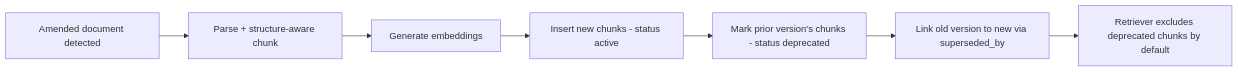
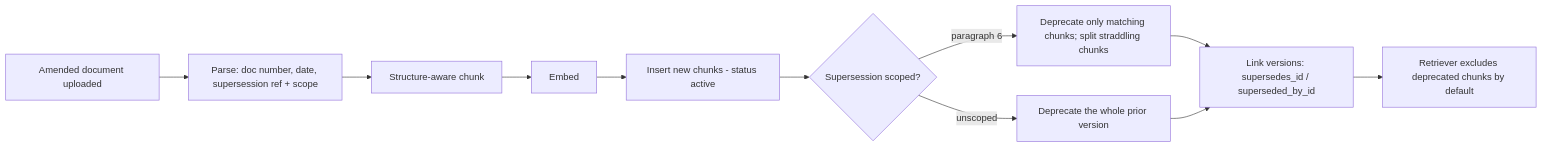
The third of 3 diagrams in Project-Details.md (Krypto-etox/Regulations-Tracking-RAG-System), drawn with Mermaid before and after one commit. The commit also changed other lines of this file and 75 other files, not shown here.

````diff
--- a/Project-Details.md
+++ b/Project-Details.md
@@ -167,9 +226,13 @@
 ```mermaid
 flowchart LR
-    A[Amended document detected] --> B[Parse + structure-aware chunk]
-    B --> C[Generate embeddings]
-    C --> D[Insert new chunks - status active]
-    D --> E[Mark prior version's chunks - status deprecated]
-    E --> F[Link old version to new via superseded_by]
-    F --> G[Retriever excludes deprecated chunks by default]
+    A[Amended document uploaded] --> B[Parse: doc number, date, supersession ref + scope]
+    B --> C[Structure-aware chunk]
+    C --> D[Embed]
+    D --> E[Insert new chunks - status active]
+    E --> F{Supersession scoped?}
+    F -- "paragraph 6" --> G[Deprecate only matching chunks; split straddling chunks]
+    F -- unscoped --> H[Deprecate the whole prior version]
+    G --> I[Link versions: supersedes_id / superseded_by_id]
+    H --> I
+    I --> J[Retriever excludes deprecated chunks by default]
 ```
````
